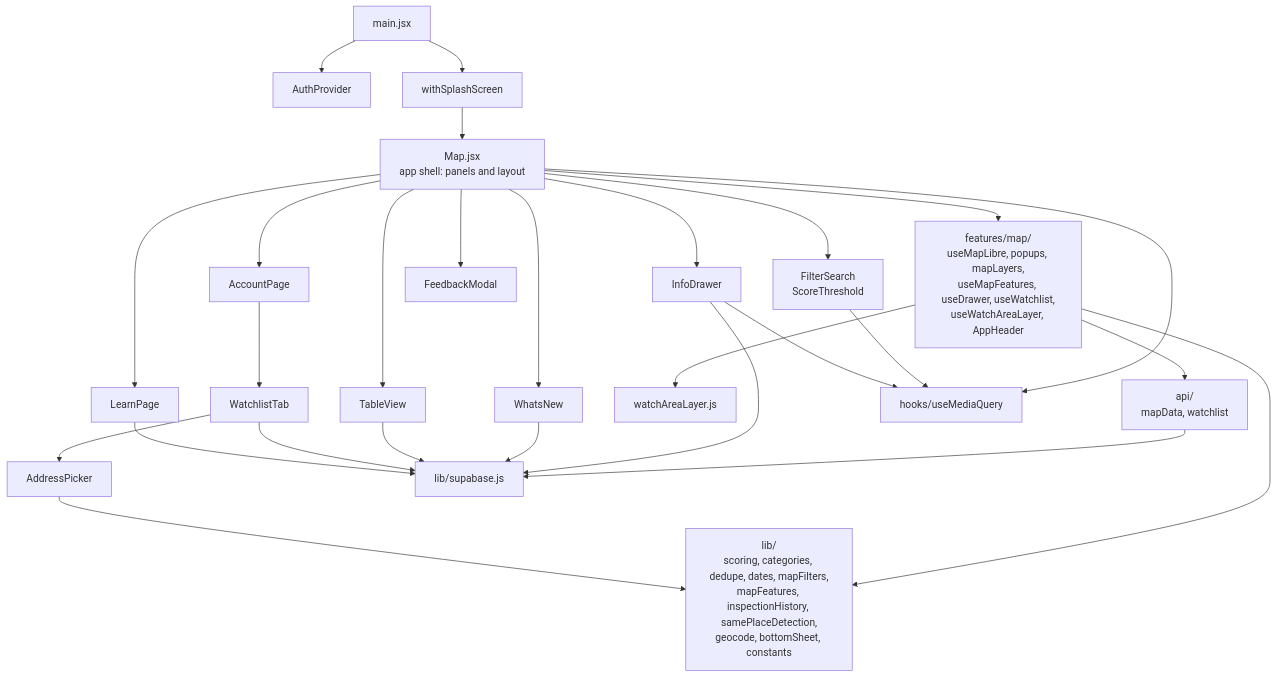
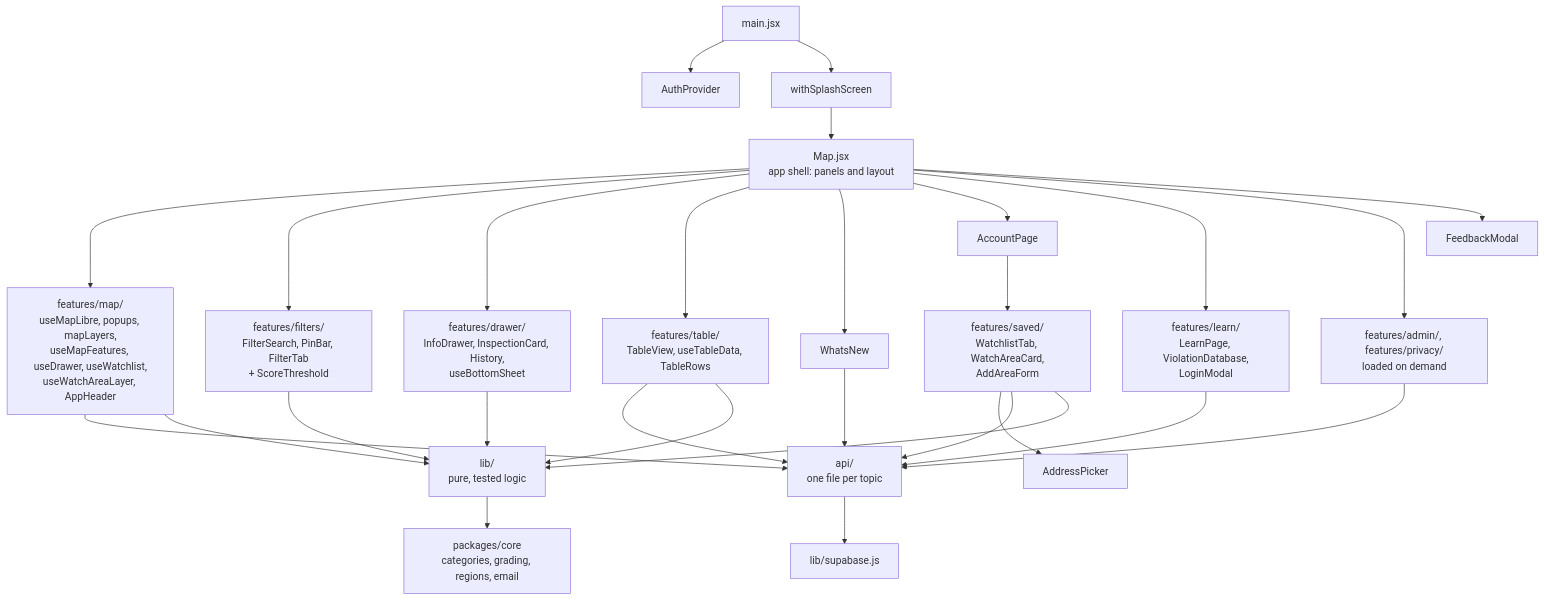
The second of 3 diagrams in docs/ARCHITECTURE.md (AndyGutterman/Louisville-Health-Inspection-Map), drawn with Mermaid before and after one commit. The commit also changed other lines of this file and 1 other file, not shown here.

````diff
--- a/docs/ARCHITECTURE.md
+++ b/docs/ARCHITECTURE.md
@@ -35,28 +42,31 @@
 ```mermaid
 flowchart TD
   main["main.jsx"] --> auth["AuthProvider"]
   main --> splash["withSplashScreen"]
   splash --> map["Map.jsx<br/>app shell: panels and layout"]
 
-  map --> filters["FilterSearch<br/>ScoreThreshold"]
-  map --> drawer["InfoDrawer"]
-  map --> table["TableView"]
+  map --> mapfeat["features/map/<br/>useMapLibre, popups, mapLayers,<br/>useMapFeatures, useDrawer, useWatchlist,<br/>useWatchAreaLayer, AppHeader"]
+  map --> filters["features/filters/<br/>FilterSearch, PinBar, FilterTab<br/>+ ScoreThreshold"]
+  map --> drawer["features/drawer/<br/>InfoDrawer, InspectionCard, History,<br/>useBottomSheet"]
+  map --> table["features/table/<br/>TableView, useTableData, TableRows"]
   map --> whatsnew["WhatsNew"]
-  map --> acct["AccountPage"] --> wl["WatchlistTab"] --> addr["AddressPicker"]
-  map --> learn["LearnPage"]
+  map --> acct["AccountPage"] --> saved["features/saved/<br/>WatchlistTab, WatchAreaCard,<br/>AddAreaForm"] --> addr["AddressPicker"]
+  map --> learn["features/learn/<br/>LearnPage, ViolationDatabase,<br/>LoginModal"]
+  map --> lazy["features/admin/, features/privacy/<br/>loaded on demand"]
   map --> feedback["FeedbackModal"]
-  map --> mapfeat["features/map/<br/>useMapLibre, popups, mapLayers,<br/>useMapFeatures, useDrawer, useWatchlist,<br/>useWatchAreaLayer, AppHeader"]
-  mapfeat --> wal["watchAreaLayer.js"]
-  mapfeat --> api["api/<br/>mapData, watchlist"] --> sb
-  mapfeat --> lib["lib/<br/>scoring, categories, dedupe, dates, mapFilters,<br/>mapFeatures, inspectionHistory, samePlaceDetection,<br/>geocode, bottomSheet, constants"]
-  map --> hooks["hooks/useMediaQuery"]
-  filters --> hooks
-  drawer --> hooks
-  addr --> lib
 
-  drawer --> sb["lib/supabase.js"]
-  whatsnew --> sb
-  table --> sb
-  wl --> sb
-  learn --> sb
+  mapfeat --> api
+  table --> api
+  whatsnew --> api
+  saved --> api
+  learn --> api
+  lazy --> api
+  api["api/<br/>one file per topic"] --> sb["lib/supabase.js"]
+
+  mapfeat --> lib["lib/<br/>pure, tested logic"]
+  filters --> lib
+  drawer --> lib
+  table --> lib
+  saved --> lib
+  lib --> core["packages/core<br/>categories, grading, regions, email"]
 ```
````
